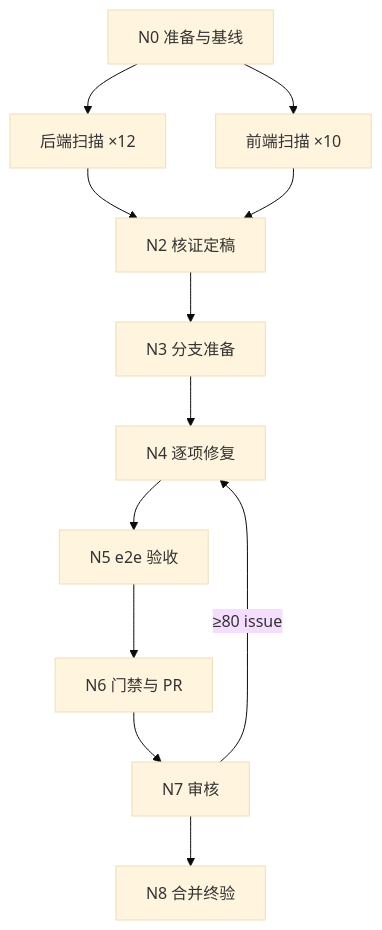
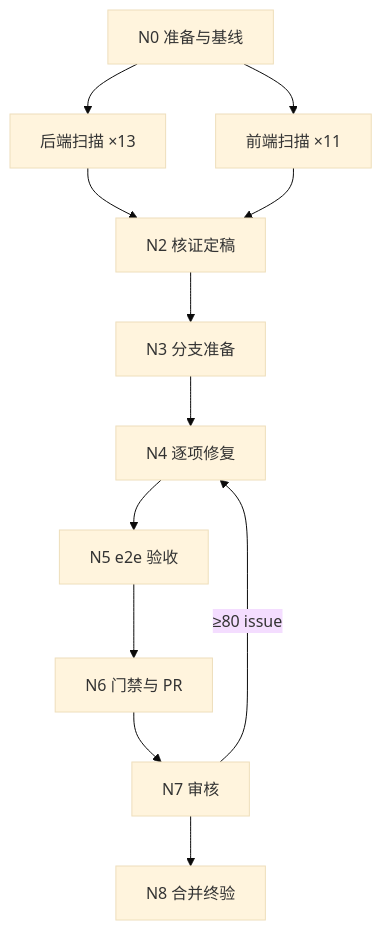
One commit to mwrforever/prompt changed the diagram in skills/loop-graph-designer/examples/risk.md. Above: the diagram before and after it, drawn with Mermaid (base theme). The commit also changed other lines of this file and 1 other file, not shown here.

````diff
--- a/skills/loop-graph-designer/examples/risk.md
+++ b/skills/loop-graph-designer/examples/risk.md
@@ -27,7 +27,7 @@
 ```mermaid
 graph TD
-    N0[N0 准备与基线] --> SBE[后端扫描 ×12] & SFE[前端扫描 ×10]
+    N0[N0 准备与基线] --> SBE[后端扫描 ×13] & SFE[前端扫描 ×11]
     SBE & SFE --> N2[N2 核证定稿] --> N3[N3 分支准备] --> N4[N4 逐项修复]
     N4 --> N5[N5 e2e 验收] --> N6[N6 门禁与 PR] --> N7[N7 审核] --> N8[N8 合并终验]
     N7 -->|≥80 issue| N4
 ```
````
